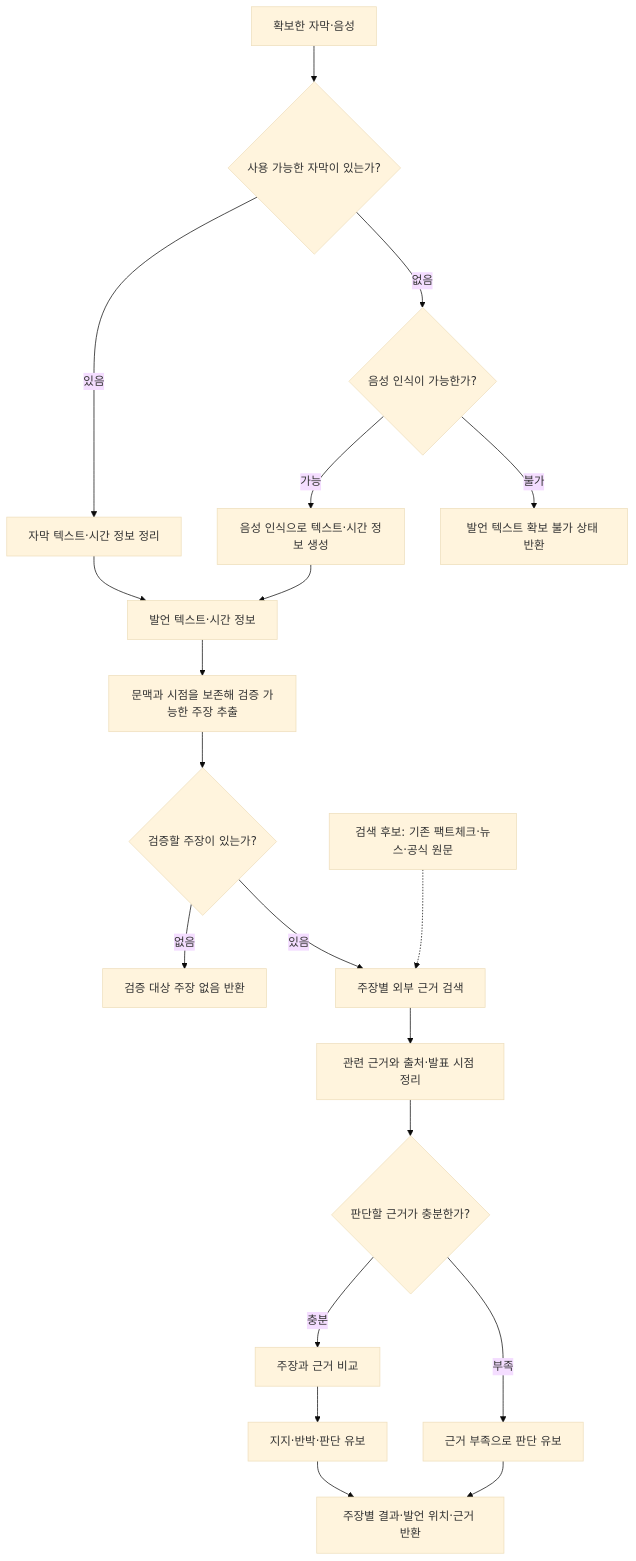
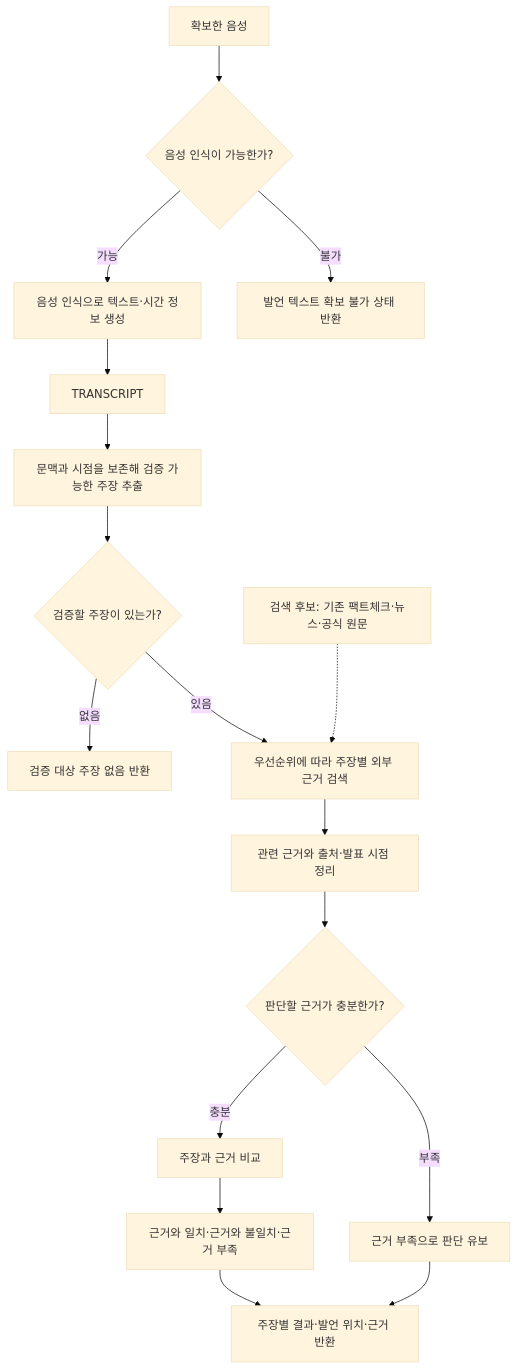
The third of 3 diagrams in design/ai-pipeline.md (Dynamic-Juo/docs), drawn with Mermaid (base theme) before and after one commit. The commit also changed other lines of this file and 9 other files, not shown here.

````diff
--- a/design/ai-pipeline.md
+++ b/design/ai-pipeline.md
@@ -57,22 +59,19 @@
 ```mermaid
 flowchart TD
-    DATA["확보한 자막·음성"] --> SUB{"사용 가능한 자막이 있는가?"}
-    SUB -->|있음| NORMALIZE["자막 텍스트·시간 정보 정리"]
-    SUB -->|없음| AUDIO{"음성 인식이 가능한가?"}
+    DATA["확보한 음성"] --> AUDIO{"음성 인식이 가능한가?"}
     AUDIO -->|가능| STT["음성 인식으로 텍스트·시간 정보 생성"]
     AUDIO -->|불가| FAIL["발언 텍스트 확보 불가 상태 반환"]
-    NORMALIZE --> TRANSCRIPT["발언 텍스트·시간 정보"]
     STT --> TRANSCRIPT
     TRANSCRIPT --> EXTRACT["문맥과 시점을 보존해 검증 가능한 주장 추출"]
     EXTRACT --> CLAIMS{"검증할 주장이 있는가?"}
     CLAIMS -->|없음| EMPTY["검증 대상 주장 없음 반환"]
-    CLAIMS -->|있음| SEARCH["주장별 외부 근거 검색"]
+    CLAIMS -->|있음| SEARCH["우선순위에 따라 주장별 외부 근거 검색"]
     SOURCES["검색 후보: 기존 팩트체크·뉴스·공식 원문"] -.-> SEARCH
     SEARCH --> EVIDENCE["관련 근거와 출처·발표 시점 정리"]
     EVIDENCE --> ENOUGH{"판단할 근거가 충분한가?"}
     ENOUGH -->|부족| UNKNOWN["근거 부족으로 판단 유보"]
     ENOUGH -->|충분| VERIFY["주장과 근거 비교"]
-    VERIFY --> VERDICT["지지·반박·판단 유보"]
+    VERIFY --> VERDICT["근거와 일치·근거와 불일치·근거 부족"]
     VERDICT --> RESULT["주장별 결과·발언 위치·근거 반환"]
     UNKNOWN --> RESULT
 ```
````
